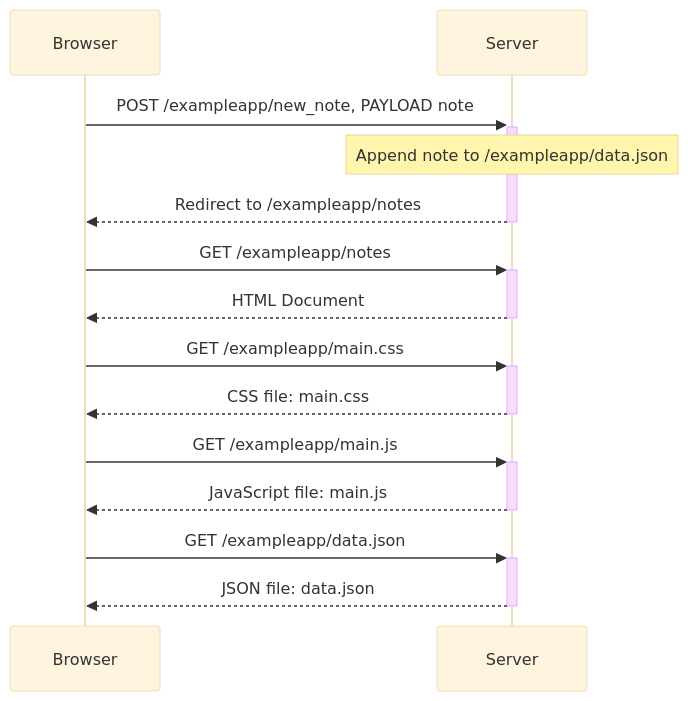
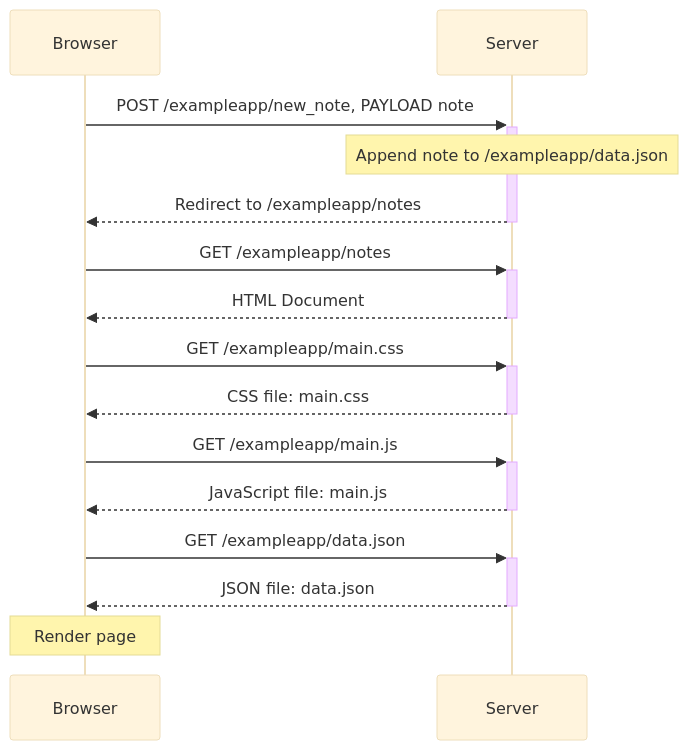
One commit to eemeli3/fullstack_tehtavat changed the diagram in osa0/osa0_tehtavat.md. Above: the diagram before and after it, drawn with Mermaid (base theme).

````diff
--- a/osa0/osa0_tehtavat.md
+++ b/osa0/osa0_tehtavat.md
@@ -1,16 +1,17 @@
 ```mermaid
 sequenceDiagram;
     participant A as Browser;
     participant B as Server;
     A->>+B: POST /exampleapp/new_note, PAYLOAD note;
     Note over B: Append note to /exampleapp/data.json
     B-->>-A: Redirect to /exampleapp/notes;
     A->>+B: GET /exampleapp/notes
     B-->>-A: HTML Document
     A->>+B: GET /exampleapp/main.css
     B-->>-A: CSS file: main.css
     A->>+B: GET /exampleapp/main.js
     B-->>-A: JavaScript file: main.js
     A->>+B: GET /exampleapp/data.json
     B-->>-A: JSON file: data.json
+    Note over A: Render page
 ```
````
